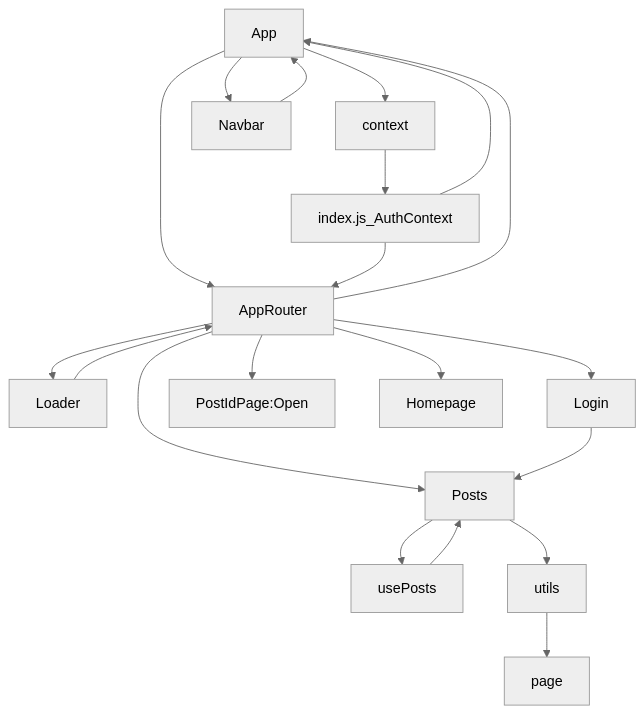
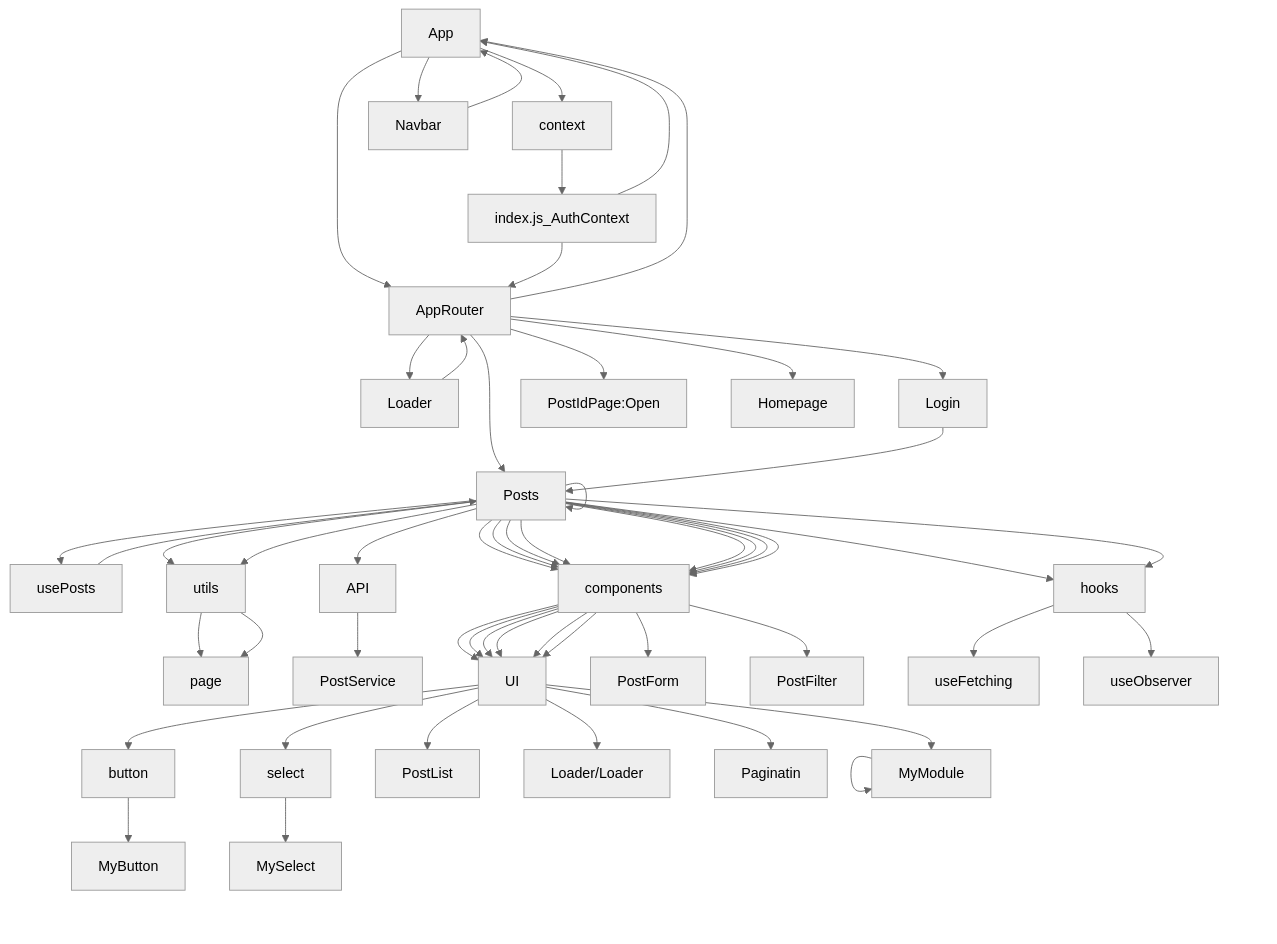
One commit to Freeze35/test-react-project changed the first of 2 diagrams in README.md. Above: the diagram before and after it, drawn with Mermaid (neutral theme).

````diff
--- a/README.md
+++ b/README.md
@@ -112,18 +112,30 @@
 ```mermaid
 graph TD;
    App-->context-->index.js_AuthContext-->App
    App-->Navbar
    App-->AppRouter
    Navbar-->App
    AppRouter-->App
    index.js_AuthContext-->AppRouter
    AppRouter-->Loader
    Loader-->AppRouter
    AppRouter-->Posts
    AppRouter-->Login
    Login-->Posts
    AppRouter-->PostIdPage:Open
    AppRouter-->Homepage
    Posts-->usePosts-->Posts
    Posts-->utils-->page
+Posts-->API-->PostService
+Posts-->Posts-->utils-->page
+Posts-->components-->UI-->button-->MyButton
+Posts-->components-->UI-->MyModule-->MyModule
+Posts-->components-->PostForm
+Posts-->components-->PostFilter
+Posts-->components-->UI-->PostList
+Posts-->components-->UI-->Loader/Loader
+Posts-->components-->UI-->Paginatin
+Posts-->hooks-->useFetching
+Posts-->hooks-->useObserver
+Posts-->components-->UI-->select-->MySelect
 ```
````
